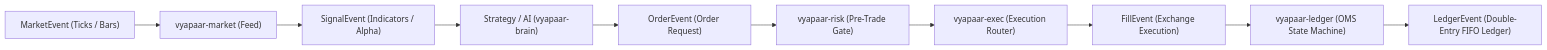
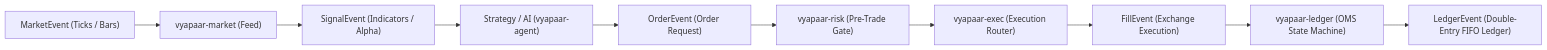
One commit to tantra-labs/tantra-labs changed the first of 2 diagrams in .agents/AGENTS.md. Above: the diagram before and after it, drawn with Mermaid. The commit also changed other lines of this file and 87 other files, not shown here.

First line of the commit message:
chore(workspace): pre-flight — align vyapaar-brain to vyapaar-agent (bounded context & Agent tier naming)

````diff
--- a/.agents/AGENTS.md
+++ b/.agents/AGENTS.md
@@ -66,12 +66,12 @@
 ```mermaid
 flowchart LR
     MarketEvent["MarketEvent (Ticks / Bars)"] --> Feed["vyapaar-market (Feed)"]
     Feed --> SignalEvent["SignalEvent (Indicators / Alpha)"]
-    SignalEvent --> Strategy["Strategy / AI (vyapaar-brain)"]
+    SignalEvent --> Strategy["Strategy / AI (vyapaar-agent)"]
     Strategy --> OrderEvent["OrderEvent (Order Request)"]
     OrderEvent --> Risk["vyapaar-risk (Pre-Trade Gate)"]
     Risk --> Router["vyapaar-exec (Execution Router)"]
     Router --> FillEvent["FillEvent (Exchange Execution)"]
     FillEvent --> OMS["vyapaar-ledger (OMS State Machine)"]
     OMS --> LedgerEvent["LedgerEvent (Double-Entry FIFO Ledger)"]
 ```
````
